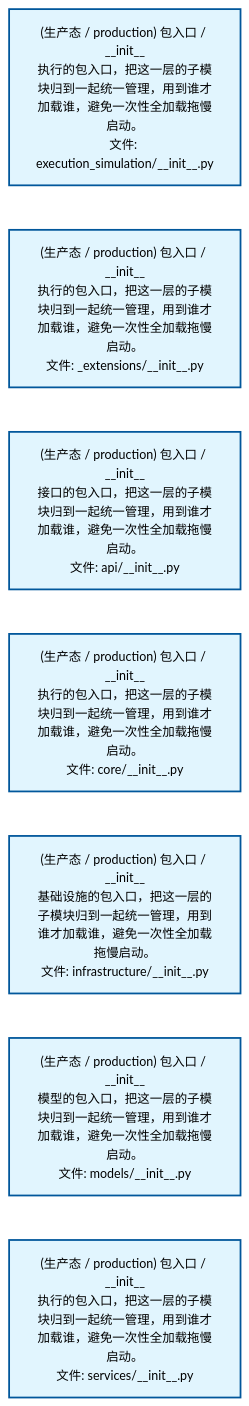
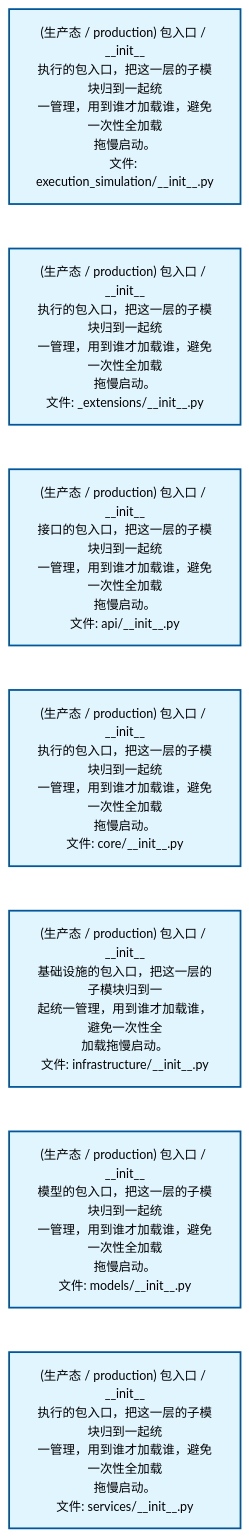
Before and after one commit to xuanFelixVan/ZephyrAlpha: the second of 2 diagrams in docs/02_enterprise_architecture/02_domain_architecture_docs/43_d_exec_sim.md, drawn with Mermaid. The commit also changed other lines of this file and 59 other files, not shown here.

````diff
--- a/docs/02_enterprise_architecture/02_domain_architecture_docs/43_d_exec_sim.md
+++ b/docs/02_enterprise_architecture/02_domain_architecture_docs/43_d_exec_sim.md
@@ -80,22 +80,22 @@
 ```mermaid
 %%{init: {'theme': 'base', 'themeVariables': {'primaryColor': '#eaeaea', 'primaryTextColor': '#333333', 'primaryBorderColor': '#666666', 'lineColor': '#666666', 'secondaryColor': '#eaeaea', 'tertiaryColor': '#eaeaea', 'fontSize': '14px'}}}%%
 flowchart TD
-    src_zephyr_execution_simulation_init_py["(生产态 / production) 包入口 / __init__<br/>执行的包入口，把这一层的子模块归到一起统一管理，用到谁才加载谁，避免一次性全加载拖慢启动。<br/>文件: execution_simulation/__init__.py"]
-    src_zephyr_execution_simulation_extensions_init_py["(生产态 / production) 包入口 / __init__<br/>执行的包入口，把这一层的子模块归到一起统一管理，用到谁才加载谁，避免一次性全加载拖慢启动。<br/>文件: _extensions/__init__.py"]
-    src_zephyr_execution_simulation_api_init_py["(生产态 / production) 包入口 / __init__<br/>接口的包入口，把这一层的子模块归到一起统一管理，用到谁才加载谁，避免一次性全加载拖慢启动。<br/>文件: api/__init__.py"]
-    src_zephyr_execution_simulation_core_init_py["(生产态 / production) 包入口 / __init__<br/>执行的包入口，把这一层的子模块归到一起统一管理，用到谁才加载谁，避免一次性全加载拖慢启动。<br/>文件: core/__init__.py"]
-    src_zephyr_execution_simulation_infrastructure_init_py["(生产态 / production) 包入口 / __init__<br/>基础设施的包入口，把这一层的子模块归到一起统一管理，用到谁才加载谁，避免一次性全加载拖慢启动。<br/>文件: infrastructure/__init__.py"]
-    src_zephyr_execution_simulation_models_init_py["(生产态 / production) 包入口 / __init__<br/>模型的包入口，把这一层的子模块归到一起统一管理，用到谁才加载谁，避免一次性全加载拖慢启动。<br/>文件: models/__init__.py"]
-    src_zephyr_execution_simulation_services_init_py["(生产态 / production) 包入口 / __init__<br/>执行的包入口，把这一层的子模块归到一起统一管理，用到谁才加载谁，避免一次性全加载拖慢启动。<br/>文件: services/__init__.py"]
+    src_zephyr_execution_simulation_init_py["(生产态 / production) 包入口 / __init__<br/>执行的包入口，把这一层的子模块归到一起统<br/>一管理，用到谁才加载谁，避免一次性全加载<br/>拖慢启动。<br/>文件: execution_simulation/__init__.py"]
+    src_zephyr_execution_simulation_extensions_init_py["(生产态 / production) 包入口 / __init__<br/>执行的包入口，把这一层的子模块归到一起统<br/>一管理，用到谁才加载谁，避免一次性全加载<br/>拖慢启动。<br/>文件: _extensions/__init__.py"]
+    src_zephyr_execution_simulation_api_init_py["(生产态 / production) 包入口 / __init__<br/>接口的包入口，把这一层的子模块归到一起统<br/>一管理，用到谁才加载谁，避免一次性全加载<br/>拖慢启动。<br/>文件: api/__init__.py"]
+    src_zephyr_execution_simulation_core_init_py["(生产态 / production) 包入口 / __init__<br/>执行的包入口，把这一层的子模块归到一起统<br/>一管理，用到谁才加载谁，避免一次性全加载<br/>拖慢启动。<br/>文件: core/__init__.py"]
+    src_zephyr_execution_simulation_infrastructure_init_py["(生产态 / production) 包入口 / __init__<br/>基础设施的包入口，把这一层的子模块归到一<br/>起统一管理，用到谁才加载谁，避免一次性全<br/>加载拖慢启动。<br/>文件: infrastructure/__init__.py"]
+    src_zephyr_execution_simulation_models_init_py["(生产态 / production) 包入口 / __init__<br/>模型的包入口，把这一层的子模块归到一起统<br/>一管理，用到谁才加载谁，避免一次性全加载<br/>拖慢启动。<br/>文件: models/__init__.py"]
+    src_zephyr_execution_simulation_services_init_py["(生产态 / production) 包入口 / __init__<br/>执行的包入口，把这一层的子模块归到一起统<br/>一管理，用到谁才加载谁，避免一次性全加载<br/>拖慢启动。<br/>文件: services/__init__.py"]
     src_zephyr_execution_simulation_init_py ~~~ src_zephyr_execution_simulation_extensions_init_py
     src_zephyr_execution_simulation_extensions_init_py ~~~ src_zephyr_execution_simulation_api_init_py
     src_zephyr_execution_simulation_api_init_py ~~~ src_zephyr_execution_simulation_core_init_py
     src_zephyr_execution_simulation_core_init_py ~~~ src_zephyr_execution_simulation_infrastructure_init_py
     src_zephyr_execution_simulation_infrastructure_init_py ~~~ src_zephyr_execution_simulation_models_init_py
     src_zephyr_execution_simulation_models_init_py ~~~ src_zephyr_execution_simulation_services_init_py
     classDef production fill:#e1f5fe,stroke:#01579b,stroke-width:2px,color:#000
     classDef design fill:#fff3e0,stroke:#e65100,stroke-width:2px,color:#000,stroke-dasharray: 5 5
     classDef external_prod fill:#e8f4fd,stroke:#0277bd,stroke-width:1px,color:#000
     classDef external_design fill:#fff8e7,stroke:#ef6c00,stroke-width:1px,color:#000,stroke-dasharray: 5 5
     class src_zephyr_execution_simulation_init_py,src_zephyr_execution_simulation_extensions_init_py,src_zephyr_execution_simulation_api_init_py,src_zephyr_execution_simulation_core_init_py,src_zephyr_execution_simulation_infrastructure_init_py,src_zephyr_execution_simulation_models_init_py,src_zephyr_execution_simulation_services_init_py production
 ```
````
